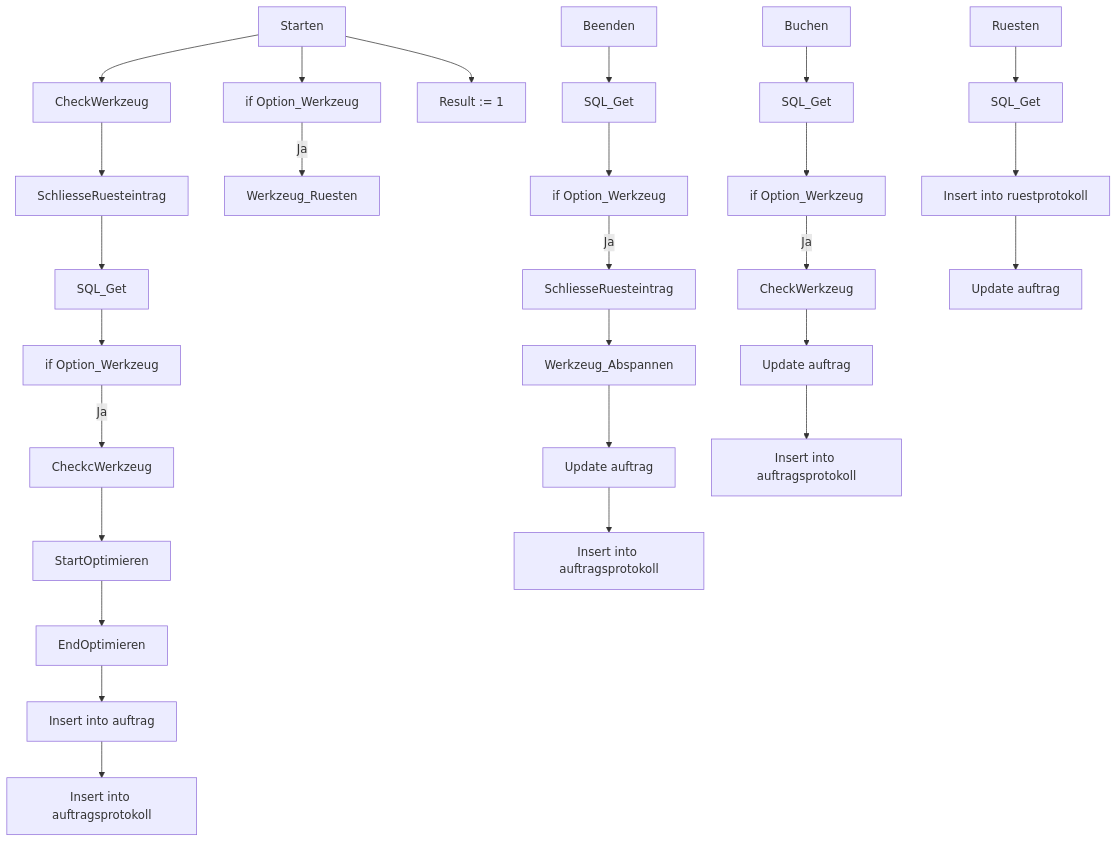
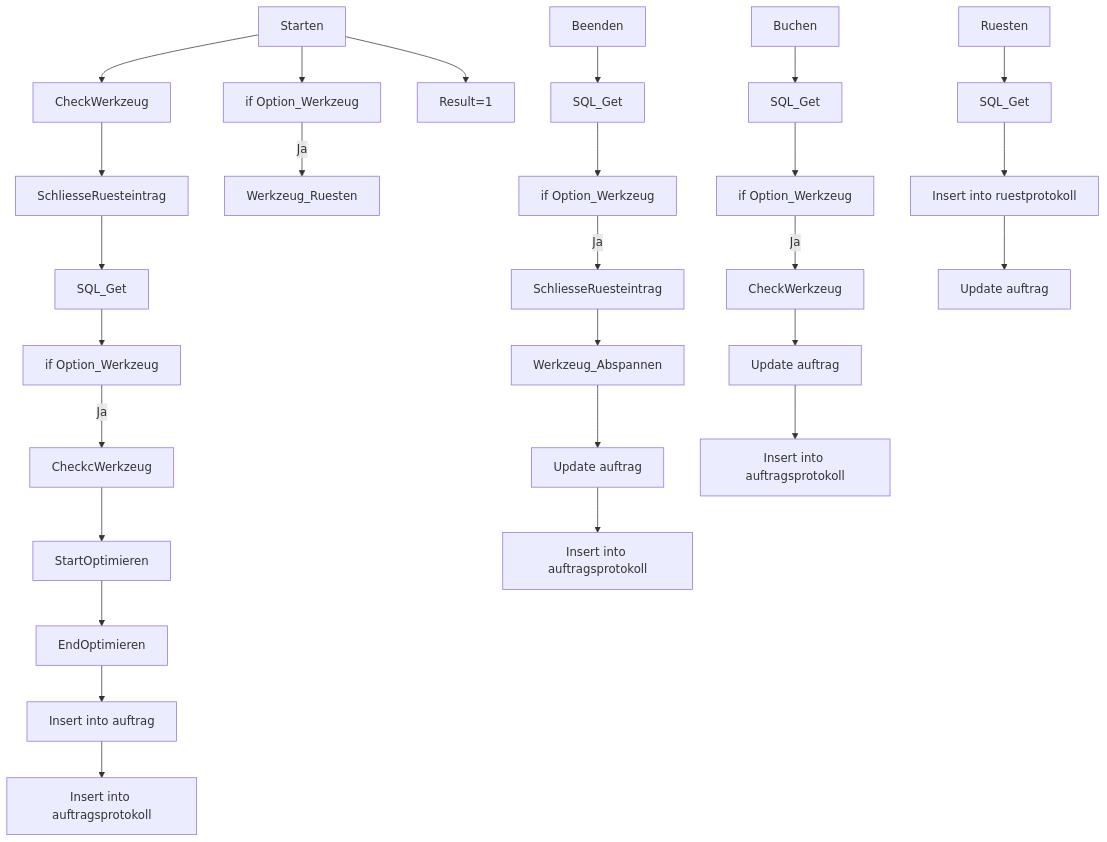
The tenth of 13 diagrams in INCLService_Funktionsaufruf_Diagramm.md (MadIsBack/INCL), drawn with Mermaid before and after one commit. The commit also changed other lines of this file, not shown here.

First line of the commit message:
Fix Mermaid diagram syntax errors - comprehensive fix including [I] array indexers

````diff
--- a/INCLService_Funktionsaufruf_Diagramm.md
+++ b/INCLService_Funktionsaufruf_Diagramm.md
@@ -407,38 +407,38 @@
 ```mermaid
 graph TD
     %% CO_Auftrag Hauptfunktionen
     A9[Starten] --> B9[CheckWerkzeug]
     B9 --> C9[SchliesseRuesteintrag]
     C9 --> D9[SQL_Get]
     D9 --> E9[if Option_Werkzeug]
     E9 -->|Ja| F9[CheckcWerkzeug]
     F9 --> G9[StartOptimieren]
     G9 --> H9[EndOptimieren]
     H9 --> I9[Insert into auftrag]
     I9 --> J9[Insert into auftragsprotokoll]
     
     A9 --> K9[if Option_Werkzeug]
     K9 -->|Ja| L9[Werkzeug_Ruesten]
     
-    A9 --> M9[Result := 1]
+    A9 --> M9[Result=1]
     
     %% Beenden
     N9[Beenden] --> O9[SQL_Get]
     O9 --> P9[if Option_Werkzeug]
     P9 -->|Ja| Q9[SchliesseRuesteintrag]
     Q9 --> R9[Werkzeug_Abspannen]
     R9 --> S9[Update auftrag]
     S9 --> T9[Insert into auftragsprotokoll]
     
     %% Buchen
     U9[Buchen] --> V9[SQL_Get]
     V9 --> W9[if Option_Werkzeug]
     W9 -->|Ja| X9[CheckWerkzeug]
     X9 --> Y9[Update auftrag]
     Y9 --> Z9[Insert into auftragsprotokoll]
     
     %% Ruesten
     AA9[Ruesten] --> AB9[SQL_Get]
     AB9 --> AC9[Insert into ruestprotokoll]
     AC9 --> AD9[Update auftrag]
 ```
````
